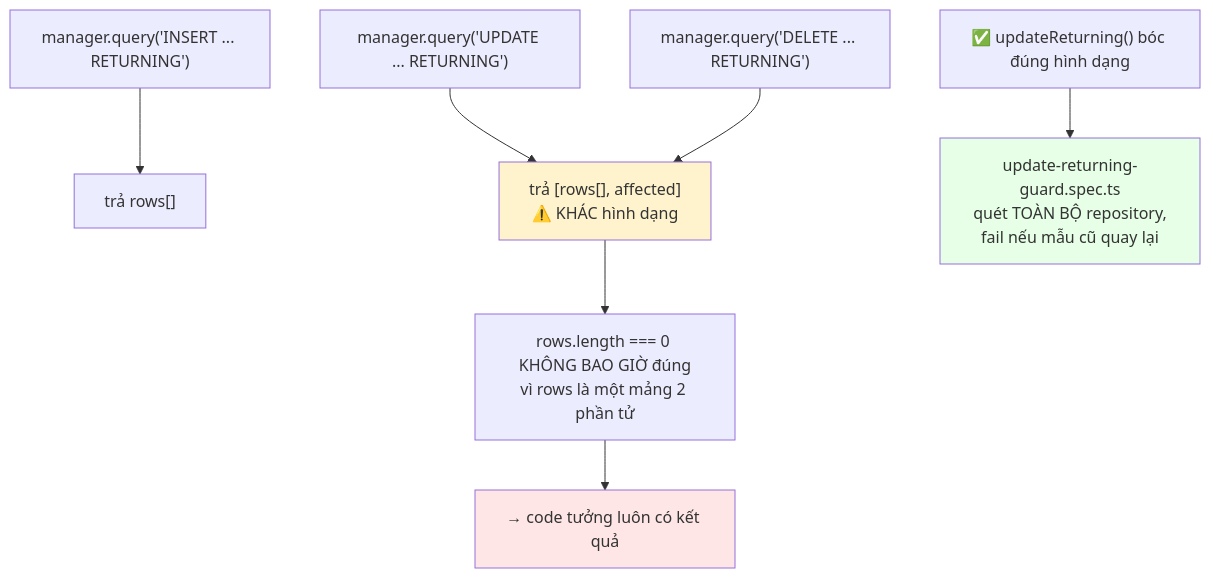
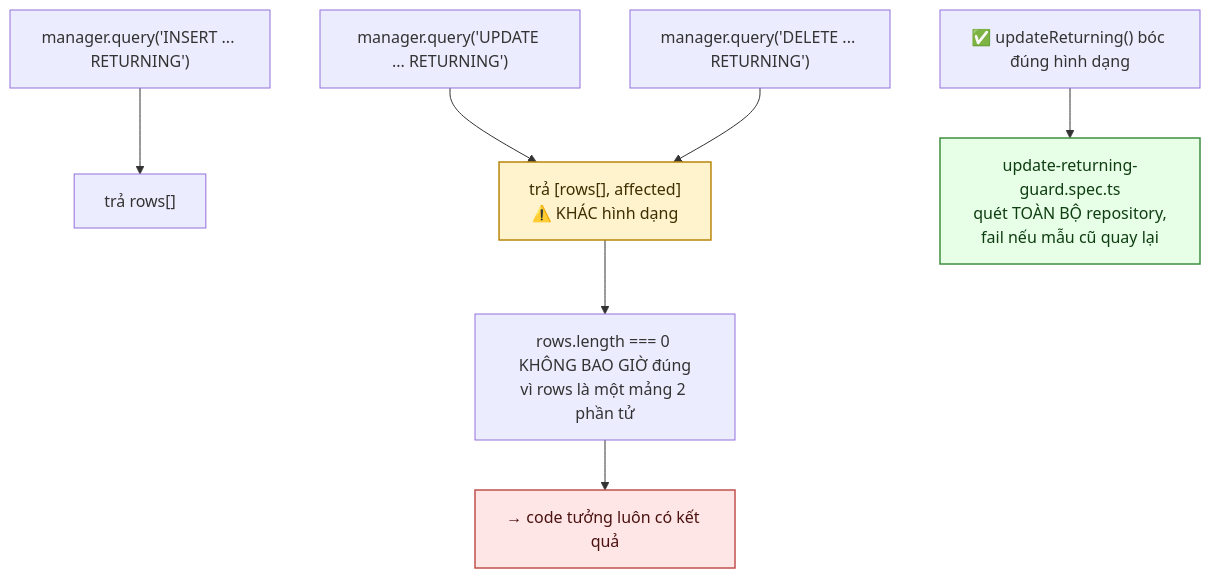
The fourth of 6 diagrams in docs/diagram/26-api-conventions.md (fdshn/trueheart), drawn with Mermaid before and after one commit. The commit also changed other lines of this file and 30 other files, not shown here.

First line of the commit message:
docs(diagram): chữ trong khối tô màu đọc được ở cả giao diện sáng và tối

````diff
--- a/docs/diagram/26-api-conventions.md
+++ b/docs/diagram/26-api-conventions.md
@@ -81,15 +81,15 @@
 ```mermaid
 flowchart TD
     A["manager.query('INSERT ... RETURNING')"] --> B["trả rows[]"]
     C["manager.query('UPDATE ... RETURNING')"] --> D["trả [rows[], affected]<br/>⚠️ KHÁC hình dạng"]
     E["manager.query('DELETE ... RETURNING')"] --> D
 
     D --> F["rows.length === 0 KHÔNG BAO GIỜ đúng<br/>vì rows là một mảng 2 phần tử"]
     F --> G["→ code tưởng luôn có kết quả"]
 
     H["✅ updateReturning() bóc đúng hình dạng"] --> I["update-returning-guard.spec.ts<br/>quét TOÀN BỘ repository,<br/>fail nếu mẫu cũ quay lại"]
 
-    style D fill:#fff3cd
-    style G fill:#ffe6e6
-    style I fill:#e6ffe6
+    style D fill:#fff3cd,stroke:#b8860b,stroke-width:1.5px,color:#3d2f00
+    style G fill:#ffe6e6,stroke:#c0504d,stroke-width:1.5px,color:#4a1210
+    style I fill:#e6ffe6,stroke:#3f8f3f,stroke-width:1.5px,color:#0f3d12
 ```
````
